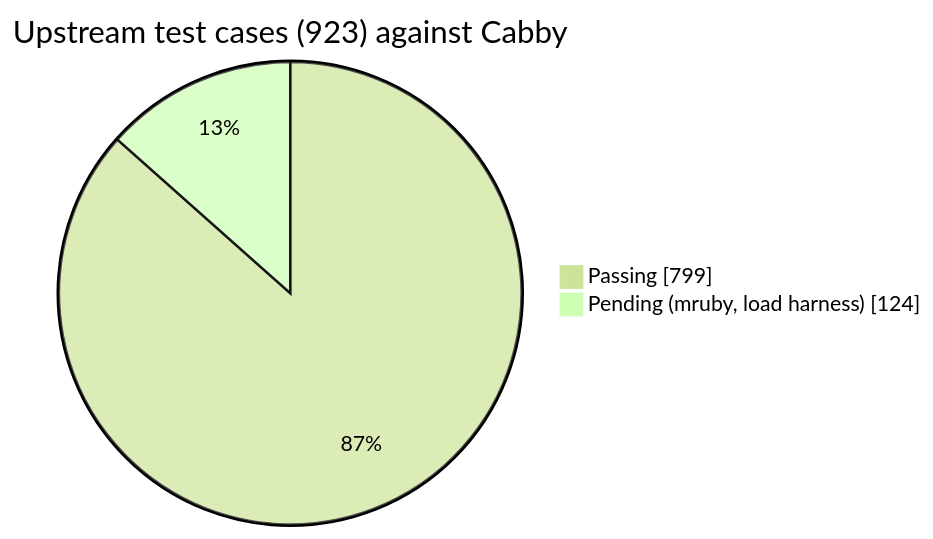
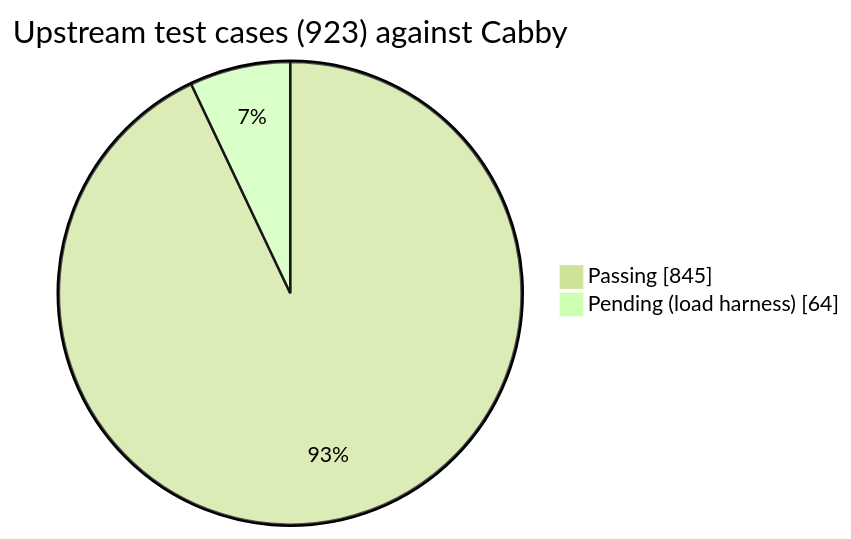
Before and after one commit to DaniG2k/cabby: the fourth of 4 diagrams in README.md, drawn with Mermaid (forest theme). The commit also changed other lines of this file and 1 other file, not shown here.

Commit message:
Status: mruby done, 845 cases pass

````diff
--- a/README.md
+++ b/README.md
@@ -118,6 +117,6 @@
 ```mermaid
 pie showData
     title Upstream test cases (923) against Cabby
-    "Passing" : 799
-    "Pending (mruby, load harness)" : 124
+    "Passing" : 845
+    "Pending (load harness)" : 64
 ```
````
